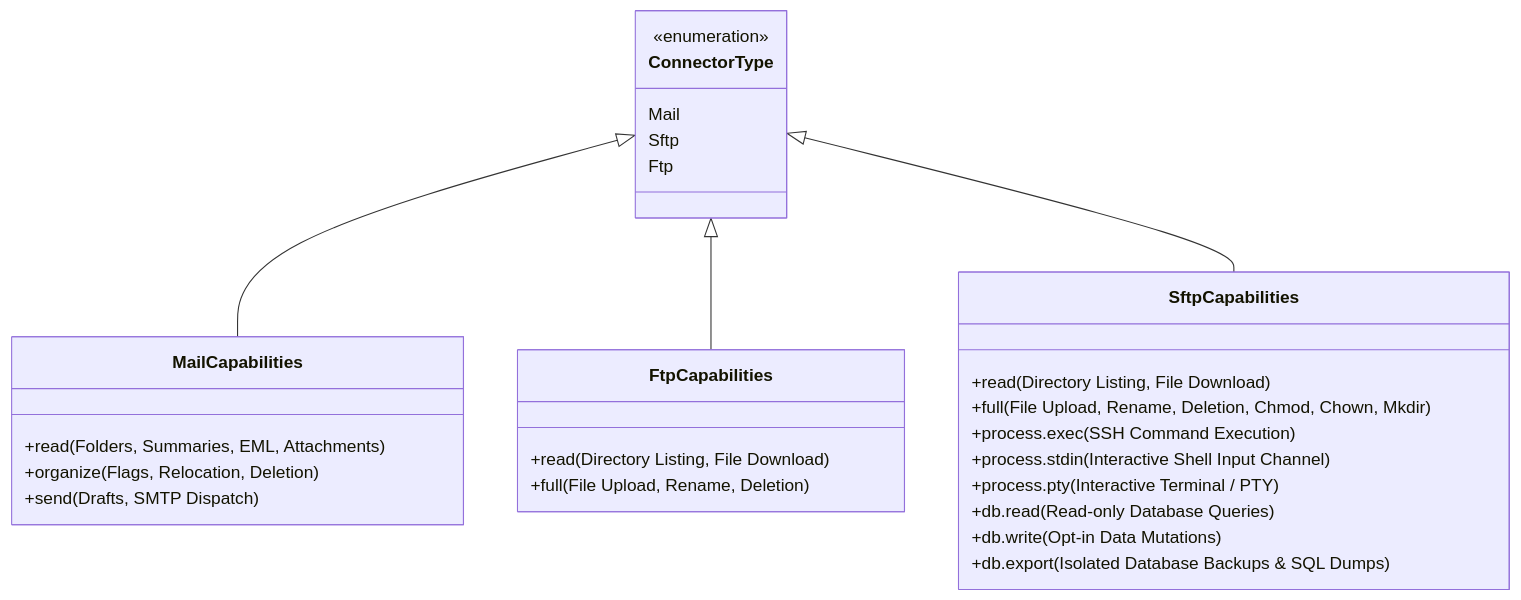
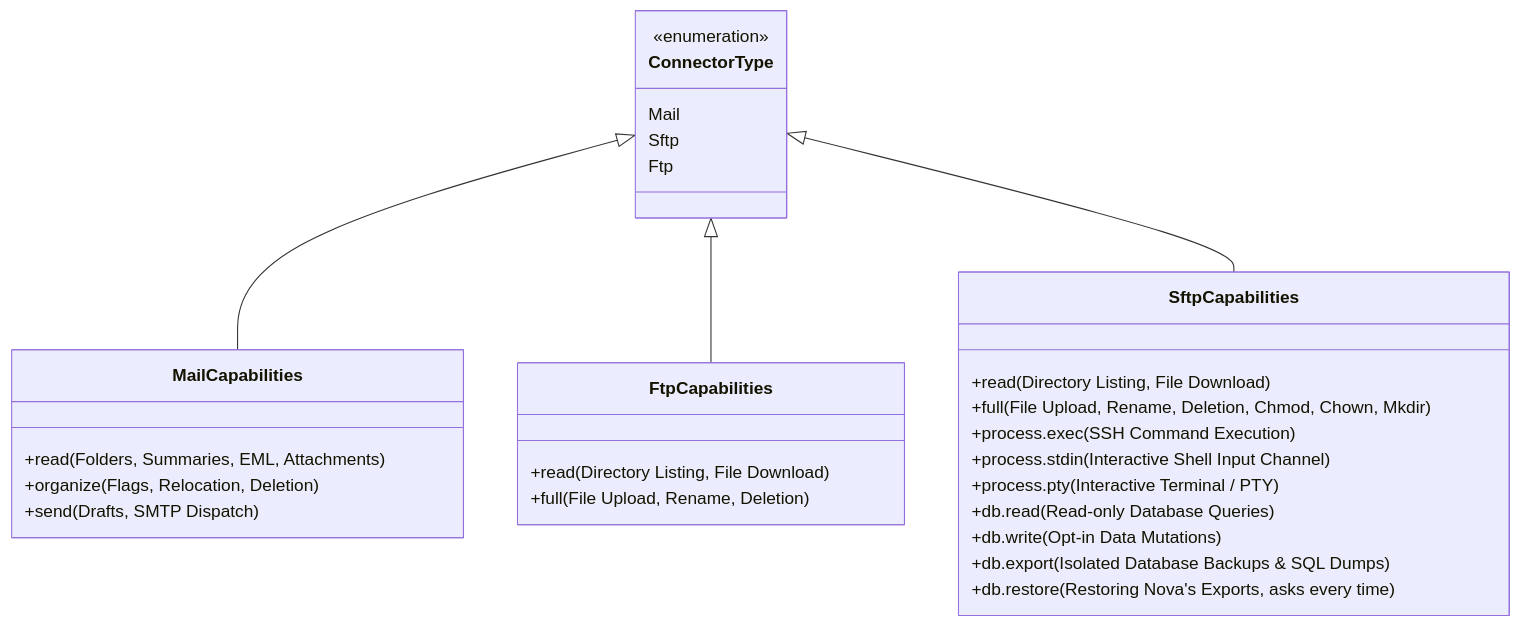
Before and after one commit to joelaniol/nova: the third of 4 diagrams in docs/core-features/connectors/README.md, drawn with Mermaid. The commit also changed other lines of this file and 26 other files, not shown here.

````diff
--- a/docs/core-features/connectors/README.md
+++ b/docs/core-features/connectors/README.md
@@ -135,35 +136,36 @@
 ```mermaid
 classDiagram
     class ConnectorType {
         <<enumeration>>
         Mail
         Sftp
         Ftp
     }
 
     class MailCapabilities {
         +read (Folders, Summaries, EML, Attachments)
         +organize (Flags, Relocation, Deletion)
         +send (Drafts, SMTP Dispatch)
     }
 
     class FtpCapabilities {
         +read (Directory Listing, File Download)
         +full (File Upload, Rename, Deletion)
     }
 
     class SftpCapabilities {
         +read (Directory Listing, File Download)
         +full (File Upload, Rename, Deletion, Chmod, Chown, Mkdir)
         +process.exec (SSH Command Execution)
         +process.stdin (Interactive Shell Input Channel)
         +process.pty (Interactive Terminal / PTY)
         +db.read (Read-only Database Queries)
         +db.write (Opt-in Data Mutations)
         +db.export (Isolated Database Backups & SQL Dumps)
+        +db.restore (Restoring Nova's Exports, asks every time)
     }
 
     ConnectorType <|-- MailCapabilities
     ConnectorType <|-- FtpCapabilities
     ConnectorType <|-- SftpCapabilities
 ```
````
